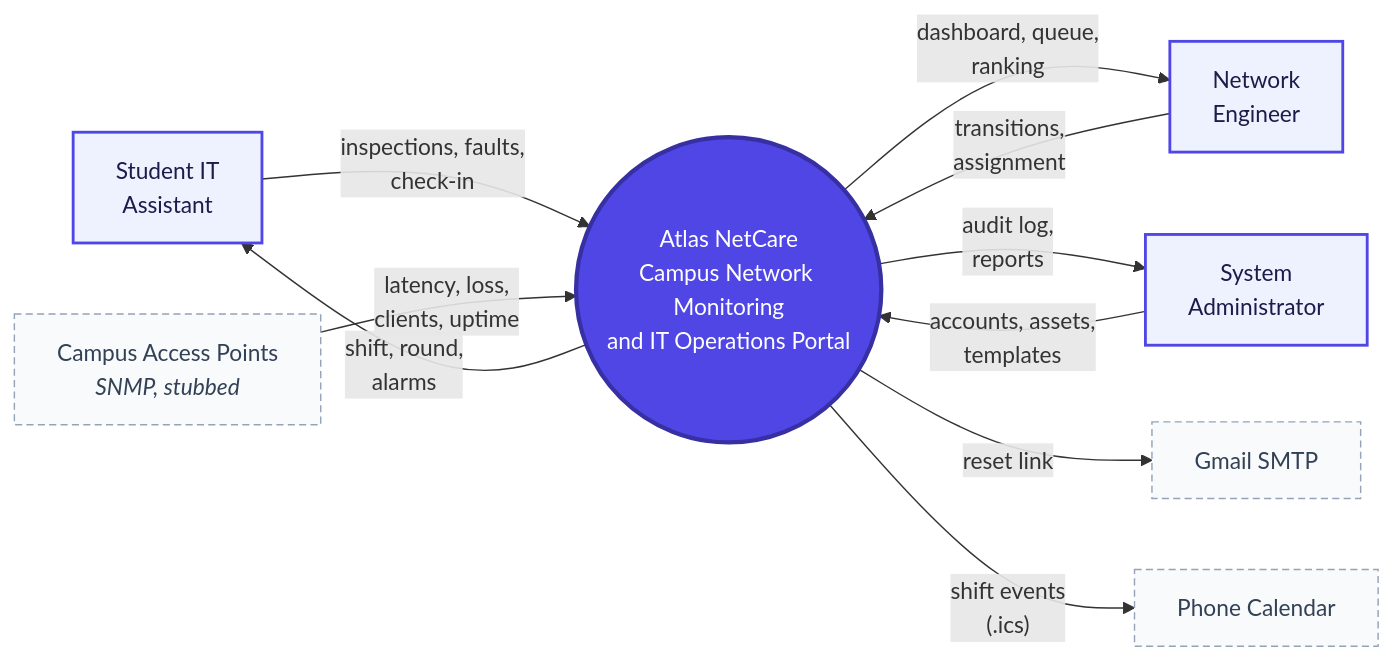
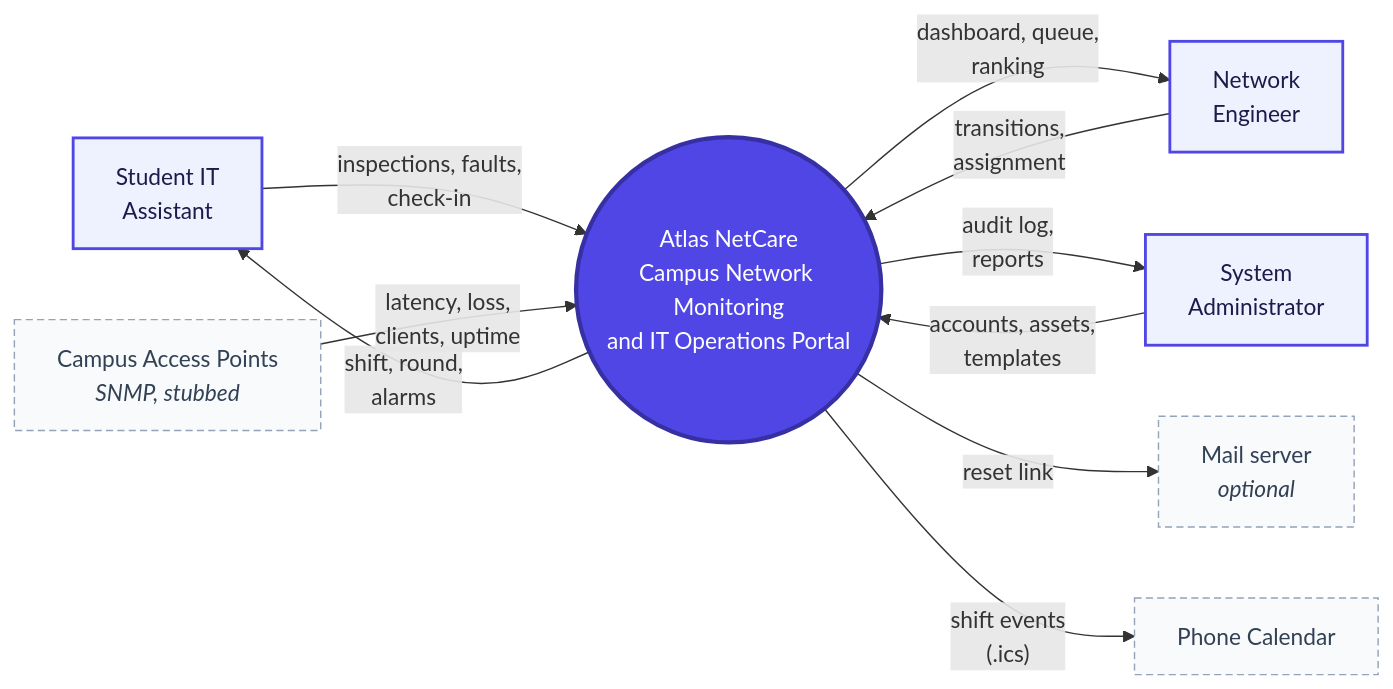
One commit to phone292025/atlas-netcare changed the first of 4 diagrams in docs/12-system-diagrams.md. Above: the diagram before and after it, drawn with Mermaid. The commit also changed 13 other files, not shown here.

First line of the commit message:
docs(mail): set mail up for any provider, not a Gmail account

````diff
--- a/docs/12-system-diagrams.md
+++ b/docs/12-system-diagrams.md
@@ -26,32 +26,32 @@
 ```mermaid
 flowchart LR
     ASSISTANT["Student IT<br/>Assistant"]
     ENGINEER["Network<br/>Engineer"]
     ADMIN["System<br/>Administrator"]
 
     SYSTEM(("Atlas NetCare<br/>Campus Network Monitoring<br/>and IT Operations Portal"))
 
     APS["Campus Access Points<br/><i>SNMP, stubbed</i>"]
-    MAIL["Gmail SMTP"]
+    MAIL["Mail server<br/><i>optional</i>"]
     PHONE["Phone Calendar"]
 
     ASSISTANT -->|"inspections, faults,<br/>check-in"| SYSTEM
     SYSTEM -->|"shift, round,<br/>alarms"| ASSISTANT
 
     ENGINEER -->|"transitions,<br/>assignment"| SYSTEM
     SYSTEM -->|"dashboard, queue,<br/>ranking"| ENGINEER
 
     ADMIN -->|"accounts, assets,<br/>templates"| SYSTEM
     SYSTEM -->|"audit log,<br/>reports"| ADMIN
 
     APS -->|"latency, loss,<br/>clients, uptime"| SYSTEM
     SYSTEM -->|"reset link"| MAIL
     SYSTEM -->|"shift events<br/>(.ics)"| PHONE
 
     classDef sys fill:#4f46e5,stroke:#3730a3,color:#fff,stroke-width:3px
     classDef person fill:#eef2ff,stroke:#4f46e5,color:#1e1b4b,stroke-width:2px
     classDef ext fill:#f8fafc,stroke:#94a3b8,color:#334155,stroke-dasharray:5 3
     class SYSTEM sys
     class ASSISTANT,ENGINEER,ADMIN person
     class APS,MAIL,PHONE ext
 ```
````
